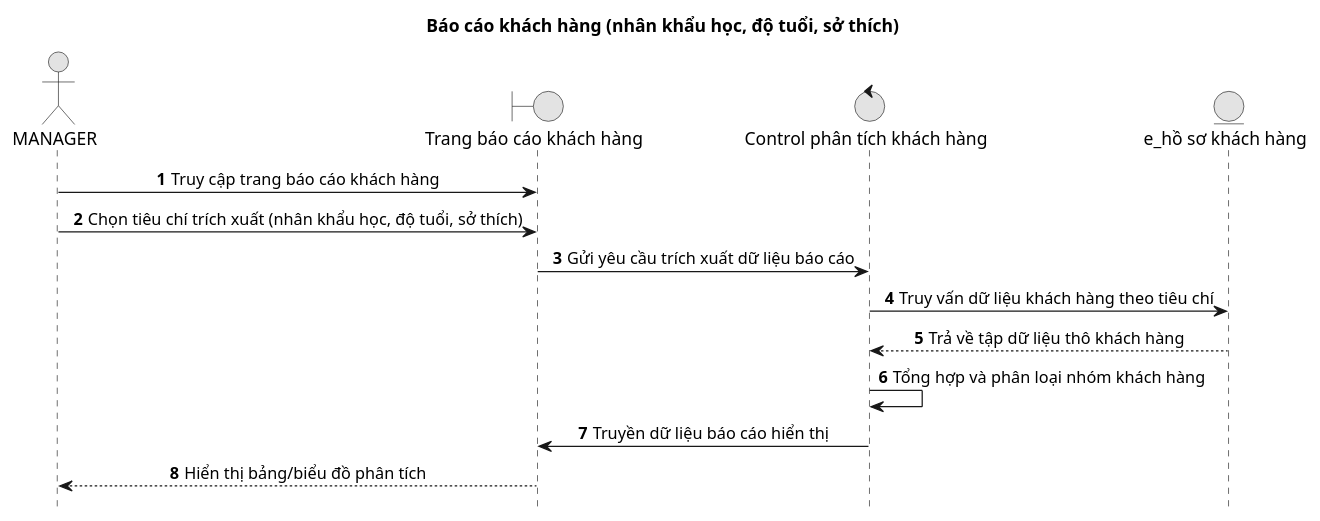
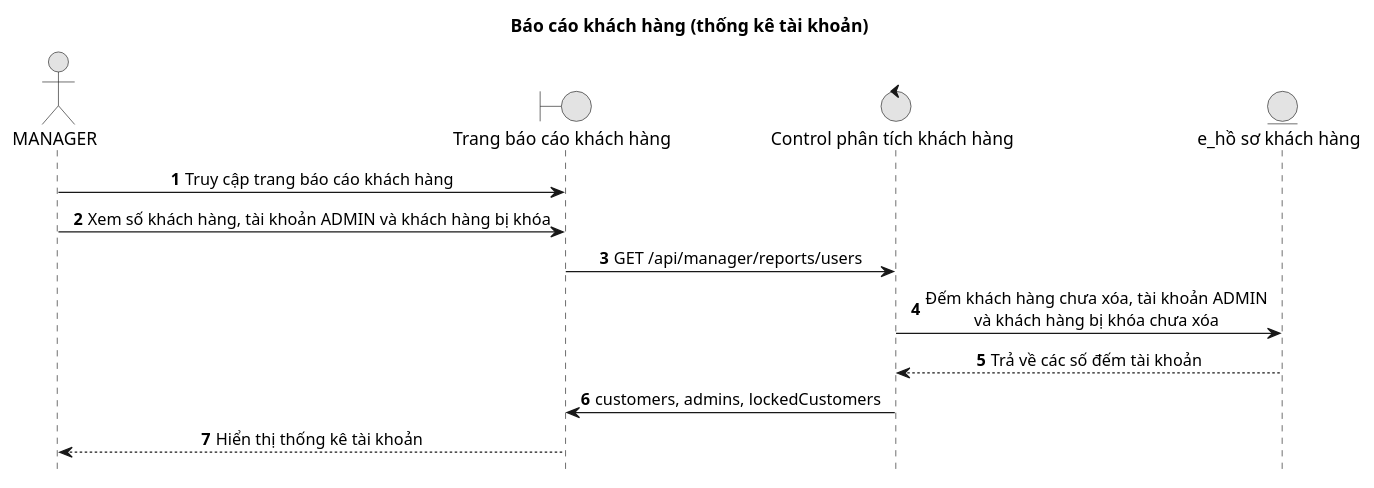
Before and after one commit to duygri/do-an-htttdn-crm: the diagram in docs/diagrams/sequence-new/admin/05-customer-report.puml, drawn with PlantUML. The commit also changed 20 other files, not shown here.

Commit message:
docs: correct CRM workflow diagrams and clarify PayOS auto-cancellation behavior

```diff
--- a/docs/diagrams/sequence-new/admin/05-customer-report.puml
+++ b/docs/diagrams/sequence-new/admin/05-customer-report.puml
@@ -1,22 +1,21 @@
 @startuml
-title Báo cáo khách hàng (nhân khẩu học, độ tuổi, sở thích)
+title Báo cáo khách hàng (thống kê tài khoản)
 
 autonumber
 hide footbox
 skinparam monochrome true
 skinparam sequenceMessageAlign center
 skinparam responseMessageBelowArrow true
 actor MANAGER as Manager
 boundary "Trang báo cáo khách hàng" as Boundary
 control "Control phân tích khách hàng" as Control
 entity "e_hồ sơ khách hàng" as Entity
 
 Manager -> Boundary: Truy cập trang báo cáo khách hàng
-Manager -> Boundary: Chọn tiêu chí trích xuất (nhân khẩu học, độ tuổi, sở thích)
-Boundary -> Control: Gửi yêu cầu trích xuất dữ liệu báo cáo
-Control -> Entity: Truy vấn dữ liệu khách hàng theo tiêu chí
-Entity --> Control: Trả về tập dữ liệu thô khách hàng
-Control -> Control: Tổng hợp và phân loại nhóm khách hàng
-Control -> Boundary: Truyền dữ liệu báo cáo hiển thị
-Boundary --> Manager: Hiển thị bảng/biểu đồ phân tích
+Manager -> Boundary: Xem số khách hàng, tài khoản ADMIN và khách hàng bị khóa
+Boundary -> Control: GET /api/manager/reports/users
+Control -> Entity: Đếm khách hàng chưa xóa, tài khoản ADMIN\nvà khách hàng bị khóa chưa xóa
+Entity --> Control: Trả về các số đếm tài khoản
+Control -> Boundary: customers, admins, lockedCustomers
+Boundary --> Manager: Hiển thị thống kê tài khoản
 @enduml
```
